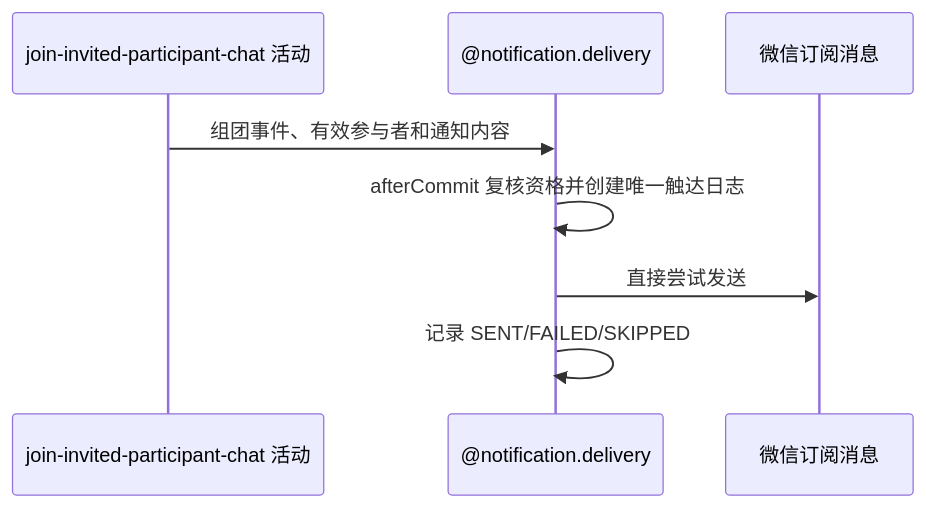
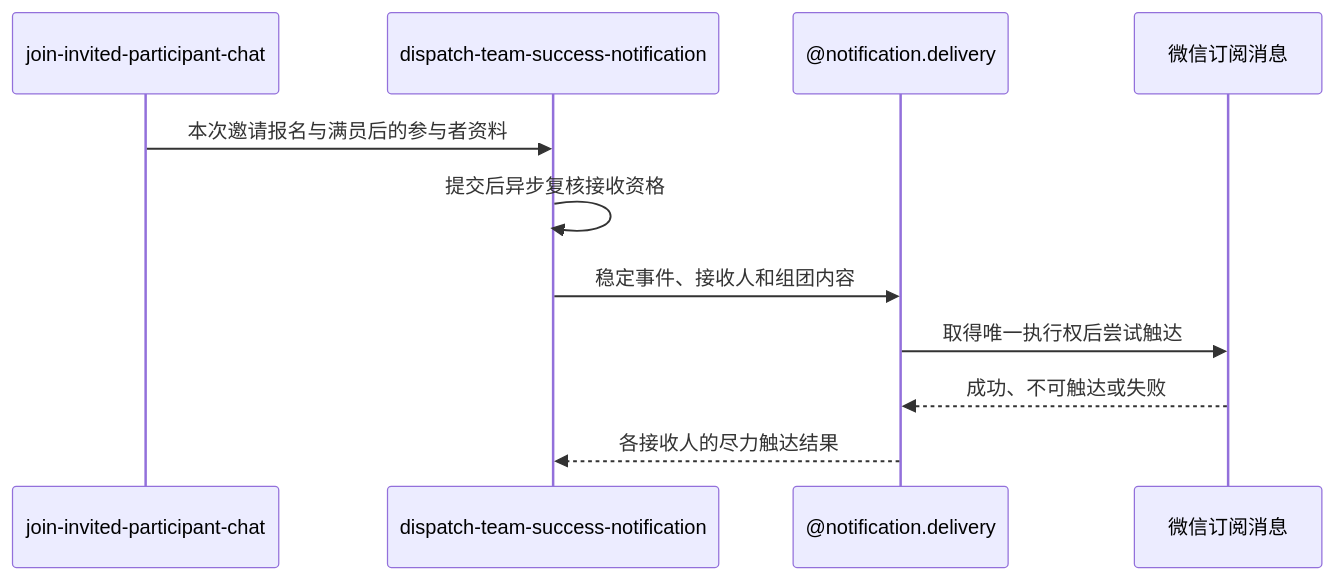
Before and after one commit to chxt100016/Rally: the diagram in blueprint/spec/meetup/meetup-invite/dispatch-team-success-notification/activity.md, drawn with Mermaid. The commit also changed other lines of this file and 871 other files, not shown here.

````diff
--- a/blueprint/spec/meetup/meetup-invite/dispatch-team-success-notification/activity.md
+++ b/blueprint/spec/meetup/meetup-invite/dispatch-team-success-notification/activity.md
@@ -14,10 +14,13 @@
 ```mermaid
 sequenceDiagram
-    participant J as join-invited-participant-chat 活动
+    participant J as join-invited-participant-chat
+    participant D as dispatch-team-success-notification
     participant N as @notification.delivery
     participant W as 微信订阅消息
-    J->>N: 组团事件、有效参与者和通知内容
-    N->>N: afterCommit 复核资格并创建唯一触达日志
-    N->>W: 直接尝试发送
-    N->>N: 记录 SENT/FAILED/SKIPPED
+    J->>D: 本次邀请报名与满员后的参与者资料
+    D->>D: 提交后异步复核接收资格
+    D->>N: 稳定事件、接收人和组团内容
+    N->>W: 取得唯一执行权后尝试触达
+    W-->>N: 成功、不可触达或失败
+    N-->>D: 各接收人的尽力触达结果
 ```
````
